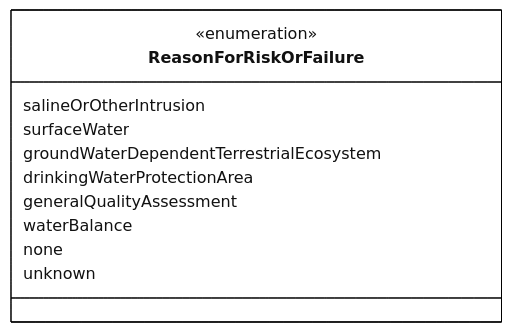
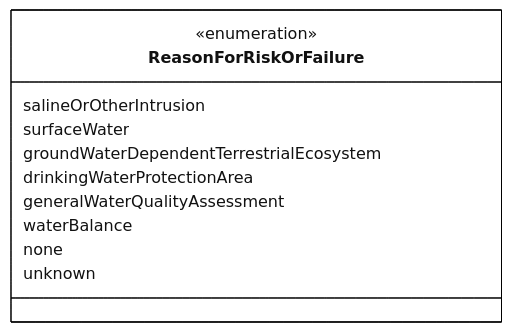
The diagram in docs/DataModelReview/mmd/Codelist_4thCycle_ReasonForRiskOrFailure_ClassDiagram.mmd (eeadata/WISE.WFD.Documentation), drawn with Mermaid before and after one commit. The commit also changed 2 other files, not shown here.

```diff
--- a/docs/DataModelReview/mmd/Codelist_4thCycle_ReasonForRiskOrFailure_ClassDiagram.mmd
+++ b/docs/DataModelReview/mmd/Codelist_4thCycle_ReasonForRiskOrFailure_ClassDiagram.mmd
@@ -1,24 +1,24 @@
 ---
 config:
   class:
     hideEmptyMembersBox: true
   layout: dagre
   theme: neutral
 ---
 classDiagram
 direction LR
 
 class ReasonForRiskOrFailure{
 <<enumeration>>
 salineOrOtherIntrusion
 surfaceWater
 groundWaterDependentTerrestrialEcosystem
 drinkingWaterProtectionArea
-generalQualityAssessment
+generalWaterQualityAssessment
 waterBalance
 none
 unknown
 }
 
 classDef default fill:white,stroke:#000;
 classDef forFixing fill:white,stroke:#f00;
```
